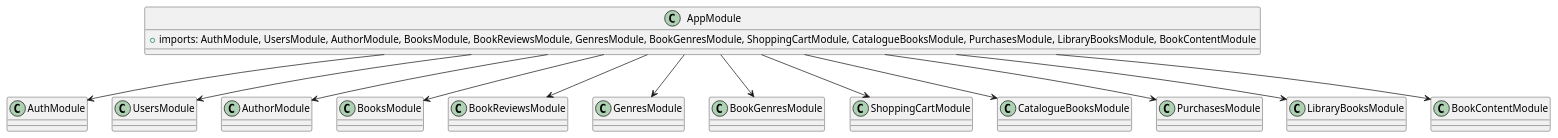
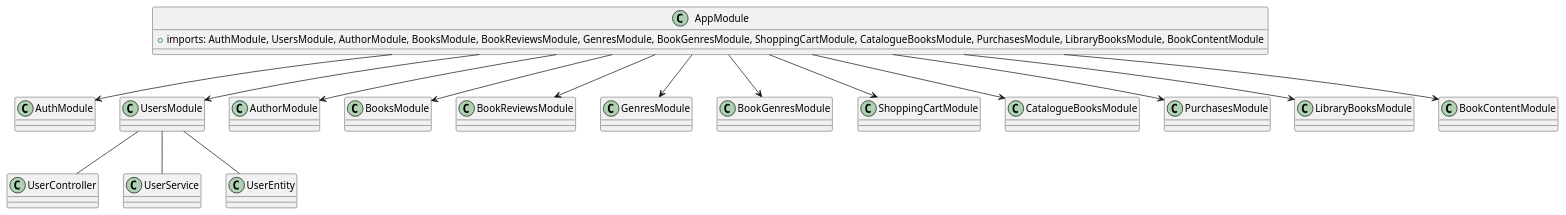
The diagram in AppModule.puml (LucasFrey-tech/Biblioteca), drawn with PlantUML before and after one commit. The commit also changed 3 other files, not shown here.

```diff
--- a/AppModule.puml
+++ b/AppModule.puml
@@ -1,20 +1,26 @@
 @startuml prueba 2
 
 class AppModule {
     + imports: AuthModule, UsersModule, AuthorModule, BooksModule, BookReviewsModule, GenresModule, BookGenresModule, ShoppingCartModule, CatalogueBooksModule, PurchasesModule, LibraryBooksModule, BookContentModule
 }
 
 AppModule --> AuthModule
 AppModule --> UsersModule
 AppModule --> AuthorModule
 AppModule --> BooksModule
 AppModule --> BookReviewsModule
 AppModule --> GenresModule
 AppModule --> BookGenresModule
 AppModule --> ShoppingCartModule
 AppModule --> CatalogueBooksModule
 AppModule --> PurchasesModule
 AppModule --> LibraryBooksModule
 AppModule --> BookContentModule
 
+
+
+UsersModule -- UserController
+UsersModule -- UserService
+UsersModule -- UserEntity
+
 @enduml
```
